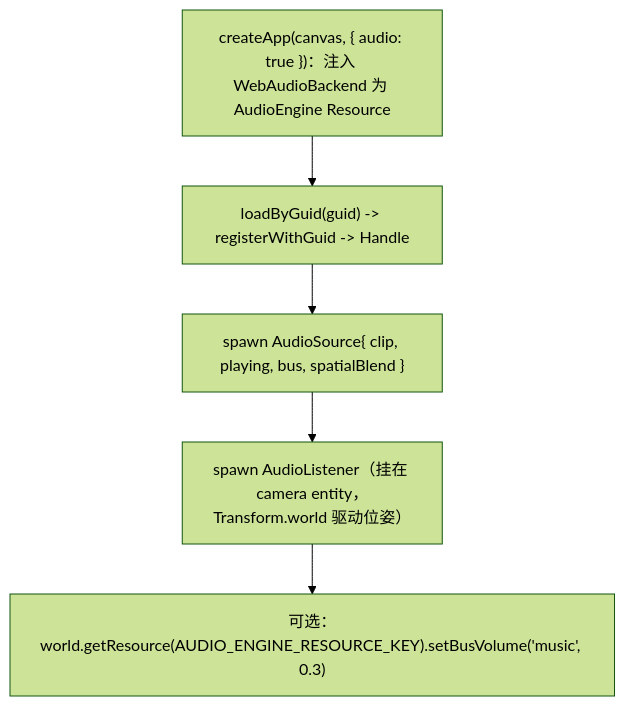
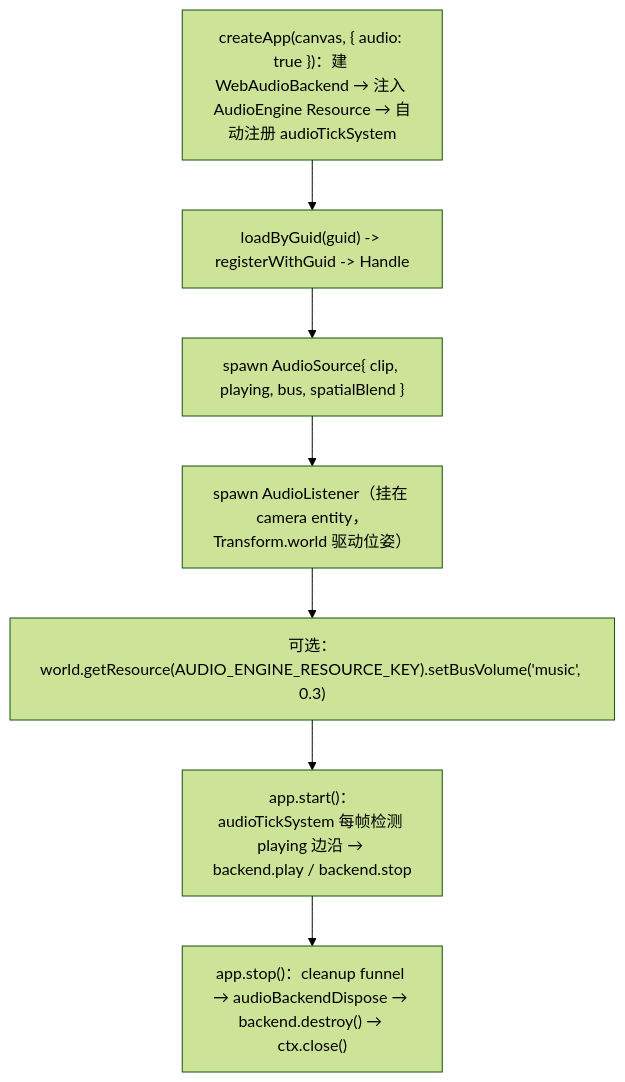
The diagram in packages/engine/skills/forgeax-engine-audio/SKILL.md (ForgeaX-Games/forgeax-editor), drawn with Mermaid (forest theme) before and after one commit. The commit also changed other lines of this file and 441 other files, not shown here.

````diff
--- a/packages/engine/skills/forgeax-engine-audio/SKILL.md
+++ b/packages/engine/skills/forgeax-engine-audio/SKILL.md
@@ -41,7 +45,9 @@
 ```mermaid
 flowchart TD
-  APP["createApp(canvas, { audio: true })：注入 WebAudioBackend 为 AudioEngine Resource"] --> CLIP["loadByGuid<AudioClipAsset>(guid) -> registerWithGuid -> Handle"]
+  APP["createApp(canvas, { audio: true })：建 WebAudioBackend → 注入 AudioEngine Resource → 自动注册 audioTickSystem"] --> CLIP["loadByGuid<AudioClipAsset>(guid) -> registerWithGuid -> Handle"]
   CLIP --> SRC["spawn AudioSource{ clip, playing, bus, spatialBlend }"]
   SRC --> LIS["spawn AudioListener（挂在 camera entity，Transform.world 驱动位姿）"]
   LIS --> BUS["可选：world.getResource(AUDIO_ENGINE_RESOURCE_KEY).setBusVolume('music', 0.3)"]
+  BUS --> START["app.start()：audioTickSystem 每帧检测 playing 边沿 → backend.play / backend.stop"]
+  START --> STOP["app.stop()：cleanup funnel → audioBackendDispose → backend.destroy() → ctx.close()"]
 ```
````
